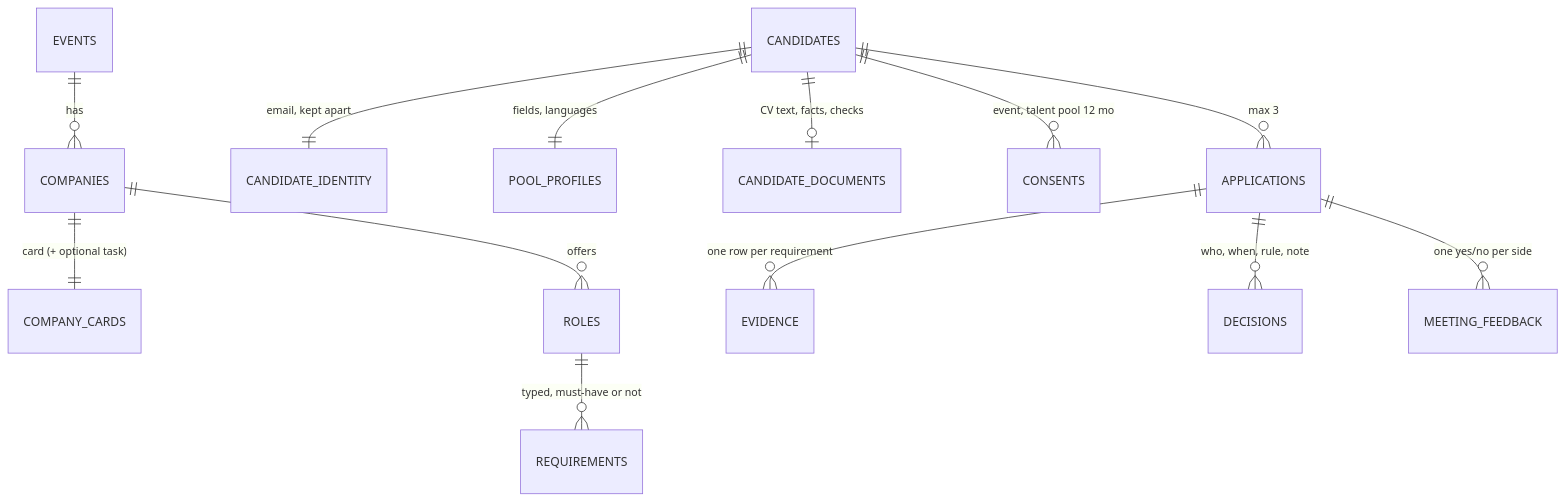
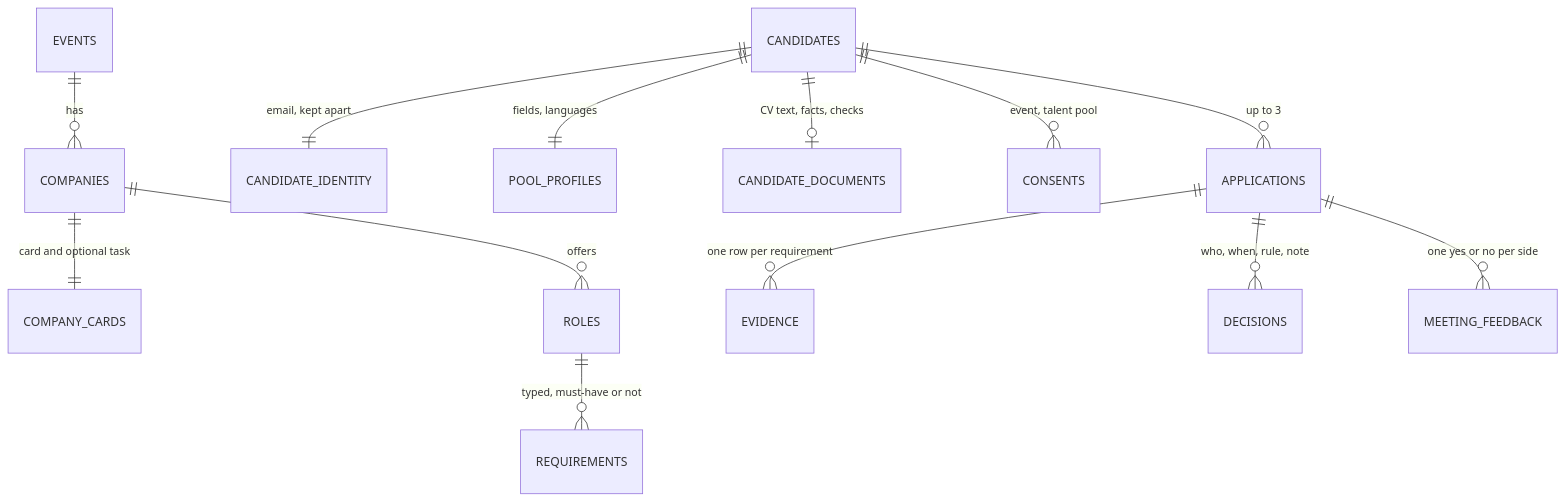
The third of 3 diagrams in README.md (kassxxv/junction-2026-lafa), drawn with Mermaid before and after one commit. The commit also changed other lines of this file, not shown here.

````diff
--- a/README.md
+++ b/README.md
@@ -142,15 +176,15 @@
 ```mermaid
 erDiagram
   EVENTS ||--o{ COMPANIES : has
-  COMPANIES ||--|| COMPANY_CARDS : "card (+ optional task)"
+  COMPANIES ||--|| COMPANY_CARDS : "card and optional task"
   COMPANIES ||--o{ ROLES : offers
   ROLES ||--o{ REQUIREMENTS : "typed, must-have or not"
   CANDIDATES ||--|| CANDIDATE_IDENTITY : "email, kept apart"
   CANDIDATES ||--|| POOL_PROFILES : "fields, languages"
   CANDIDATES ||--o| CANDIDATE_DOCUMENTS : "CV text, facts, checks"
-  CANDIDATES ||--o{ CONSENTS : "event, talent pool 12 mo"
-  CANDIDATES ||--o{ APPLICATIONS : "max 3"
+  CANDIDATES ||--o{ CONSENTS : "event, talent pool"
+  CANDIDATES ||--o{ APPLICATIONS : "up to 3"
   APPLICATIONS ||--o{ EVIDENCE : "one row per requirement"
   APPLICATIONS ||--o{ DECISIONS : "who, when, rule, note"
-  APPLICATIONS ||--o{ MEETING_FEEDBACK : "one yes/no per side"
+  APPLICATIONS ||--o{ MEETING_FEEDBACK : "one yes or no per side"
 ```
````
